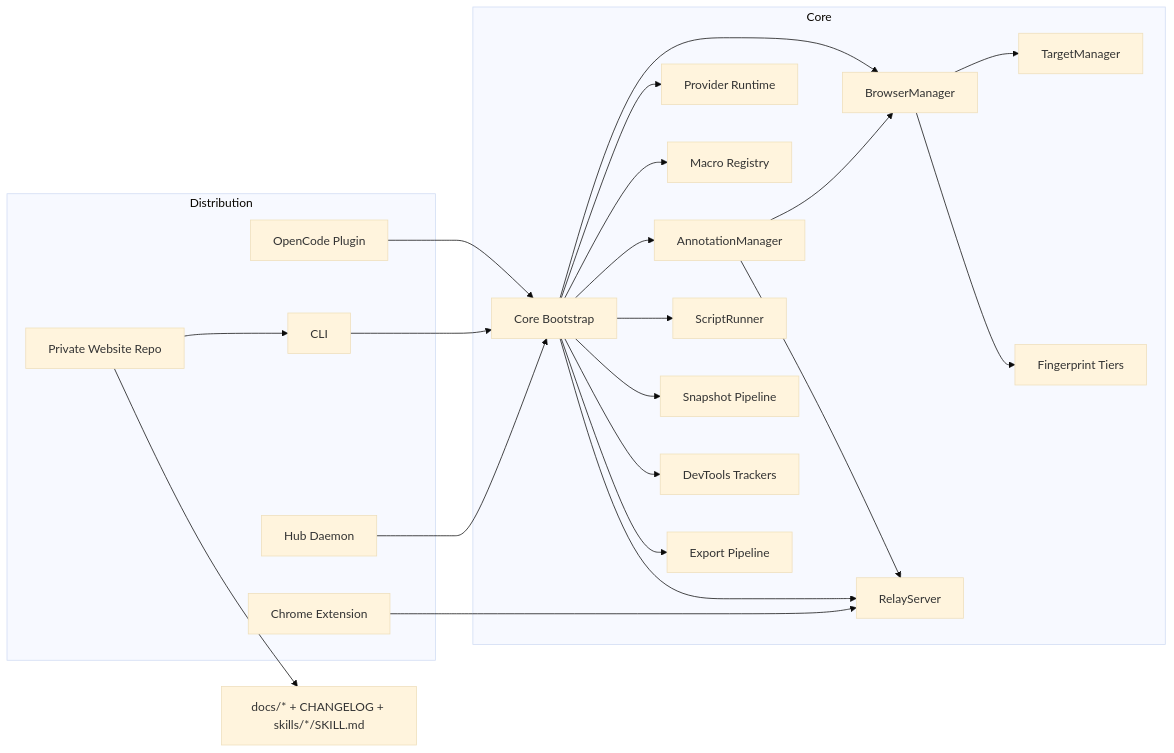
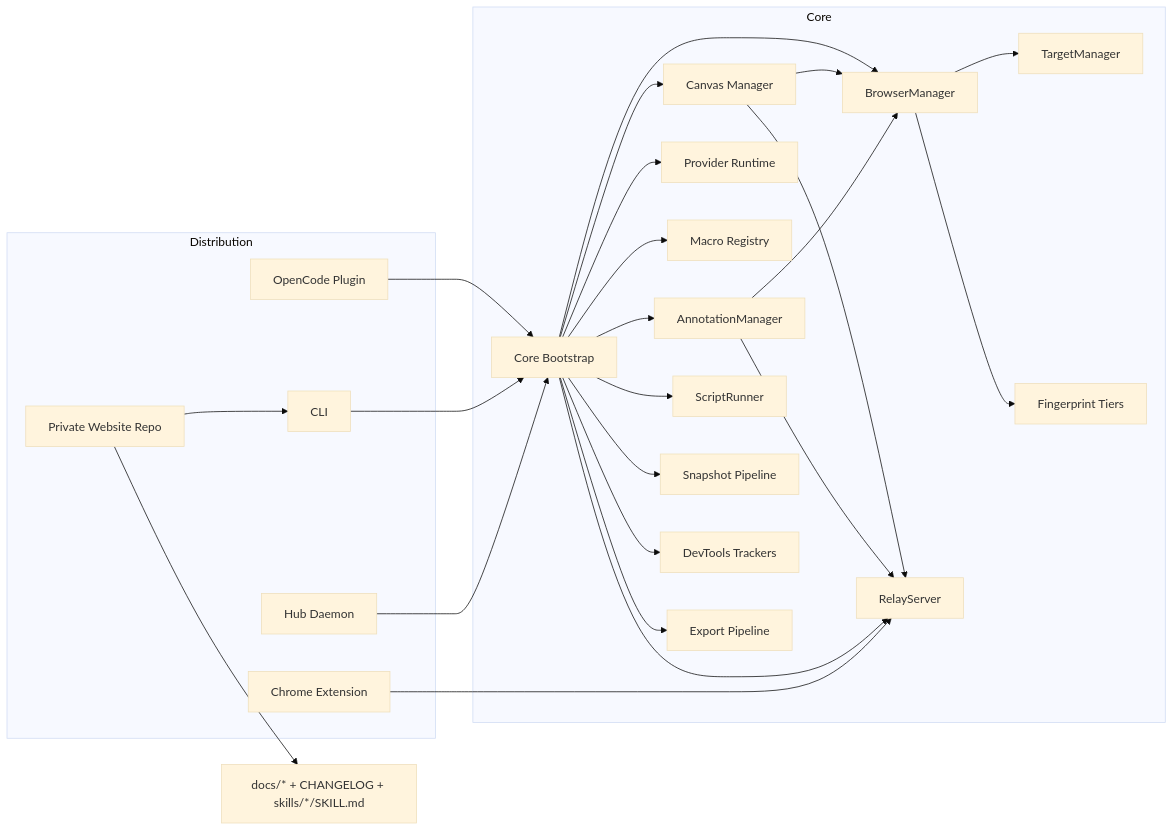
Before and after one commit to freshtechbro/opendevbrowser: the first of 4 diagrams in docs/ARCHITECTURE.md, drawn with Mermaid (base theme). The commit also changed other lines of this file and 9 other files, not shown here.

````diff
--- a/docs/ARCHITECTURE.md
+++ b/docs/ARCHITECTURE.md
@@ -79,46 +80,50 @@
 ```mermaid
 flowchart LR
   subgraph Distribution
     Plugin[OpenCode Plugin]
     CLI[CLI]
     Hub[Hub Daemon]
     Extension[Chrome Extension]
     Frontend[Private Website Repo]
   end
 
   subgraph Core
     CoreBootstrap[Core Bootstrap]
     BrowserManager[BrowserManager]
     TargetManager[TargetManager]
     ProviderRuntime[Provider Runtime]
     MacroRegistry[Macro Registry]
     Fingerprint[Fingerprint Tiers]
+    CanvasManager[Canvas Manager]
     AnnotationManager[AnnotationManager]
     ScriptRunner[ScriptRunner]
     Snapshotter[Snapshot Pipeline]
     Devtools[DevTools Trackers]
     Exporter[Export Pipeline]
     Relay[RelayServer]
   end
 
   Plugin --> CoreBootstrap
   CLI --> CoreBootstrap
   Hub --> CoreBootstrap
   Extension --> Relay
   Frontend --> CLI
   Frontend --> Docs[docs/* + CHANGELOG + skills/*/SKILL.md]
 
   CoreBootstrap --> BrowserManager
   BrowserManager --> TargetManager
+  CoreBootstrap --> CanvasManager
+  CanvasManager --> BrowserManager
+  CanvasManager --> Relay
   CoreBootstrap --> ProviderRuntime
   CoreBootstrap --> MacroRegistry
   BrowserManager --> Fingerprint
   CoreBootstrap --> AnnotationManager
   AnnotationManager --> BrowserManager
   AnnotationManager --> Relay
   CoreBootstrap --> ScriptRunner
   CoreBootstrap --> Snapshotter
   CoreBootstrap --> Devtools
   CoreBootstrap --> Exporter
   CoreBootstrap --> Relay
 ```
````
